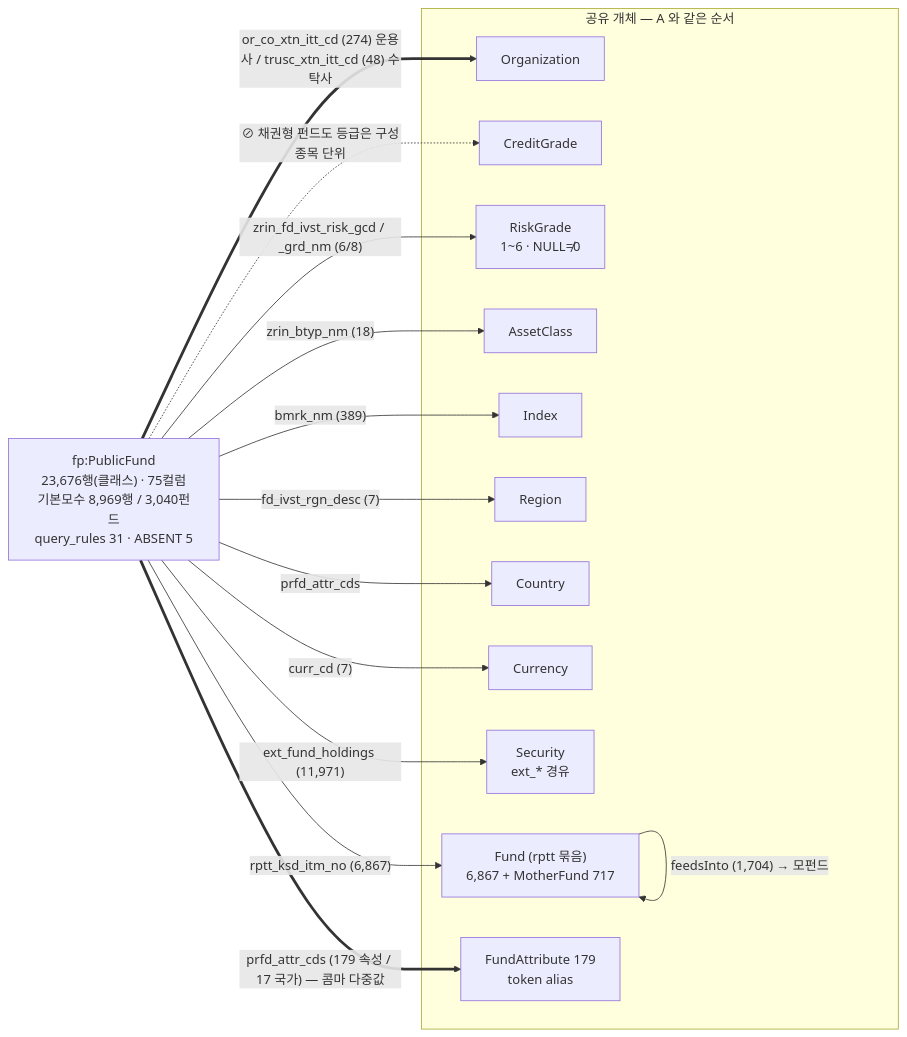
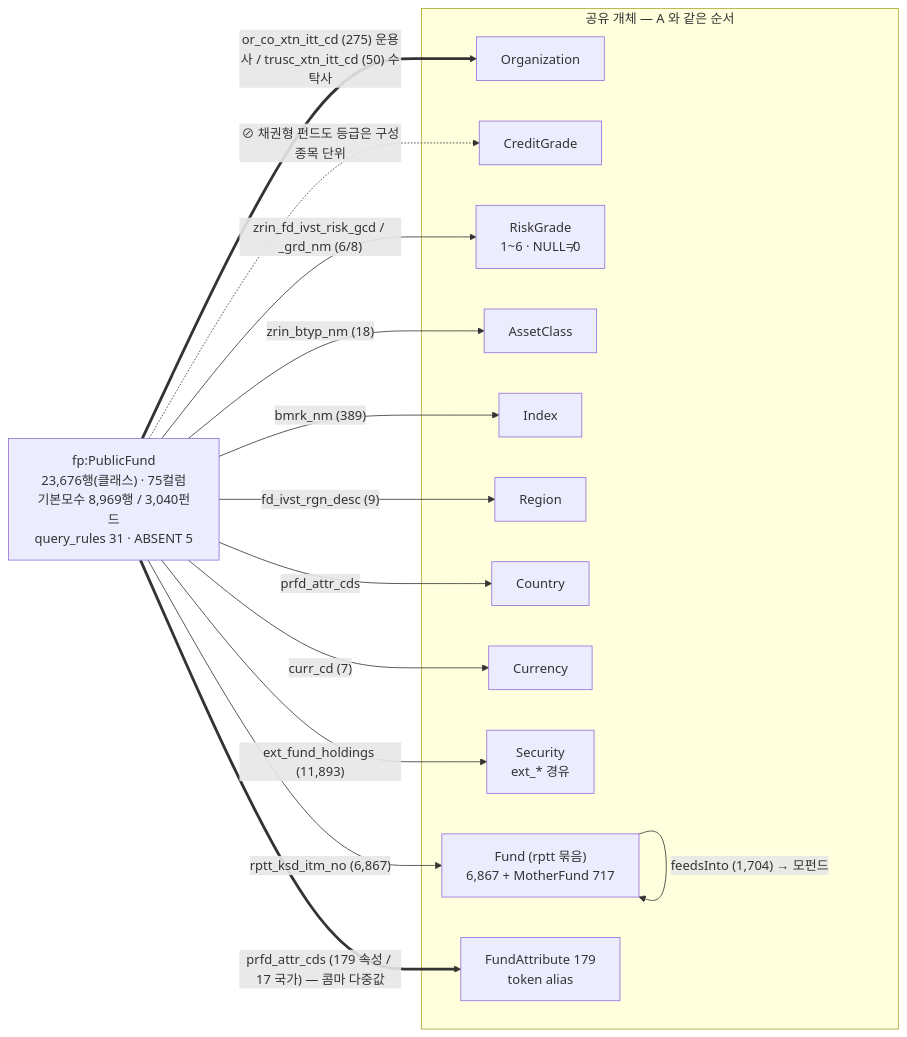
Before and after one commit to Song-exp/miraeassetfesta: the diagram in docs/기술제안서/06_도메인_펀드.md, drawn with Mermaid. The commit also changed other lines of this file and 4 other files, not shown here.

````diff
--- a/docs/기술제안서/06_도메인_펀드.md
+++ b/docs/기술제안서/06_도메인_펀드.md
@@ -38,19 +39,19 @@
 ```mermaid
 flowchart LR
   PF["fp:PublicFund<br/>23,676행(클래스) · 75컬럼<br/>기본모수 8,969행 / 3,040펀드<br/>query_rules 31 · ABSENT 5"]
   subgraph HUB[공유 개체 — A 와 같은 순서]
     ORG[Organization]; CG[CreditGrade]; RG["RiskGrade<br/>1~6 · NULL≠0"]; AC[AssetClass]; IDX[Index]; REG[Region]; CTY[Country]; CUR[Currency]; SEC["Security<br/>ext_* 경유"]; FND["Fund (rptt 묶음)<br/>6,867 + MotherFund 717"]; FA["FundAttribute 179<br/>token alias"]
   end
-  PF == "or_co_xtn_itt_cd (274) 운용사 / trusc_xtn_itt_cd (48) 수탁사" ==> ORG
+  PF == "or_co_xtn_itt_cd (275) 운용사 / trusc_xtn_itt_cd (50) 수탁사" ==> ORG
   PF -- "rptt_ksd_itm_no (6,867)" --> FND
   FND -- "feedsInto (1,704) → 모펀드" --> FND
   PF == "prfd_attr_cds (179 속성 / 17 국가) — 콤마 다중값" ==> FA
   PF -- "prfd_attr_cds" --> CTY
   PF -- "bmrk_nm (389)" --> IDX
   PF -- "zrin_btyp_nm (18)" --> AC
-  PF -- "fd_ivst_rgn_desc (7)" --> REG
+  PF -- "fd_ivst_rgn_desc (9)" --> REG
   PF -- "zrin_fd_ivst_risk_gcd / _grd_nm (6/8)" --> RG
   PF -- "curr_cd (7)" --> CUR
-  PF -- "ext_fund_holdings (11,971)" --> SEC
+  PF -- "ext_fund_holdings (11,893)" --> SEC
   PF -. "⊘ 채권형 펀드도 등급은 구성종목 단위" .-> CG
 ```
````
